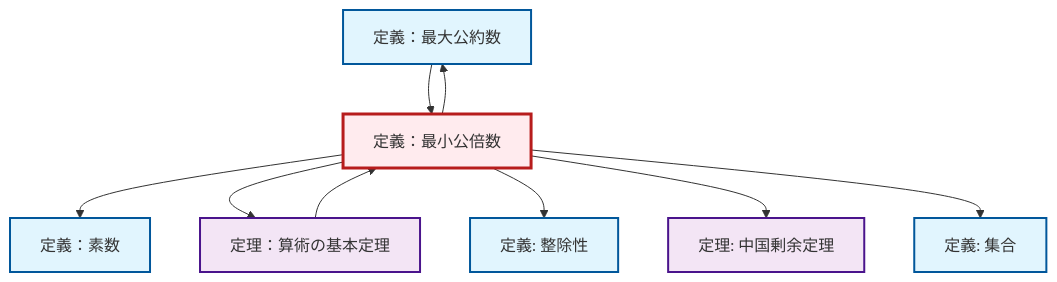
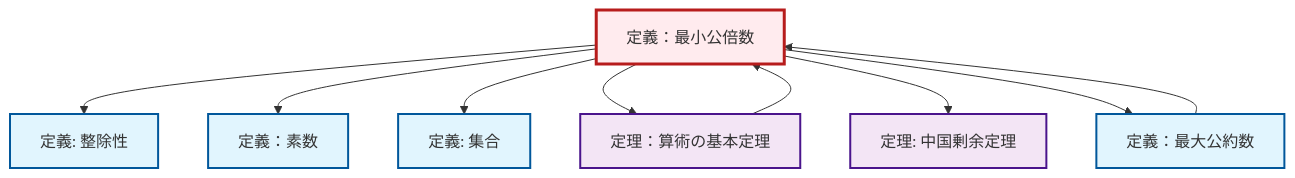
Before and after one commit to RK0429/ModernMath: the diagram in content/ja/number-theory/def-lcm.qmd, drawn with Mermaid. The commit also changed 672 other files, not shown here.

````diff
--- a/content/ja/number-theory/def-lcm.qmd
+++ b/content/ja/number-theory/def-lcm.qmd
@@ -84,31 +84,31 @@
 ```{mermaid}
-%%| fig-cap: "Local dependency graph"
+%%| fig-cap: "ローカル依存関係グラフ"
 graph TD
     classDef definition fill:#e1f5fe,stroke:#01579b,stroke-width:2px
     classDef theorem fill:#f3e5f5,stroke:#4a148c,stroke-width:2px
     classDef axiom fill:#fff3e0,stroke:#e65100,stroke-width:2px
     classDef example fill:#e8f5e9,stroke:#1b5e20,stroke-width:2px
     classDef current fill:#ffebee,stroke:#b71c1c,stroke-width:3px
+    def-set["定義: 集合"]:::definition
+    def-lcm["定義：最小公倍数"]:::definition
+    thm-fundamental-arithmetic["定理：算術の基本定理"]:::theorem
+    def-prime["定義：素数"]:::definition
     def-gcd["定義：最大公約数"]:::definition
     thm-chinese-remainder["定理: 中国剰余定理"]:::theorem
-    def-lcm["定義：最小公倍数"]:::definition
-    thm-fundamental-arithmetic["定理：算術の基本定理"]:::theorem
     def-divisibility["定義: 整除性"]:::definition
-    def-set["定義: 集合"]:::definition
-    def-prime["定義：素数"]:::definition
+    def-lcm --> def-divisibility
     def-lcm --> def-prime
+    thm-fundamental-arithmetic --> def-lcm
+    def-lcm --> def-set
+    def-lcm --> thm-fundamental-arithmetic
+    def-lcm --> thm-chinese-remainder
+    def-gcd --> def-lcm
     def-lcm --> def-gcd
-    def-lcm --> thm-fundamental-arithmetic
-    def-lcm --> def-divisibility
-    def-lcm --> thm-chinese-remainder
-    thm-fundamental-arithmetic --> def-lcm
-    def-gcd --> def-lcm
-    def-lcm --> def-set
     class def-lcm current
+    click def-set "def-set.html" "集合の定義へ"
+    click thm-fundamental-arithmetic "thm-fundamental-arithmetic.html" "定理：算術の基本定理へ"
+    click def-prime "def-prime.html" "定義：素数へ"
     click def-gcd "def-gcd.html" "定義：最大公約数へ"
     click thm-chinese-remainder "thm-chinese-remainder.html" "中国剰余定理の定理へ"
-    click thm-fundamental-arithmetic "thm-fundamental-arithmetic.html" "定理：算術の基本定理へ"
     click def-divisibility "def-divisibility.html" "整除性の定義へ"
-    click def-set "def-set.html" "集合の定義へ"
-    click def-prime "def-prime.html" "定義：素数へ"
 ```
````
